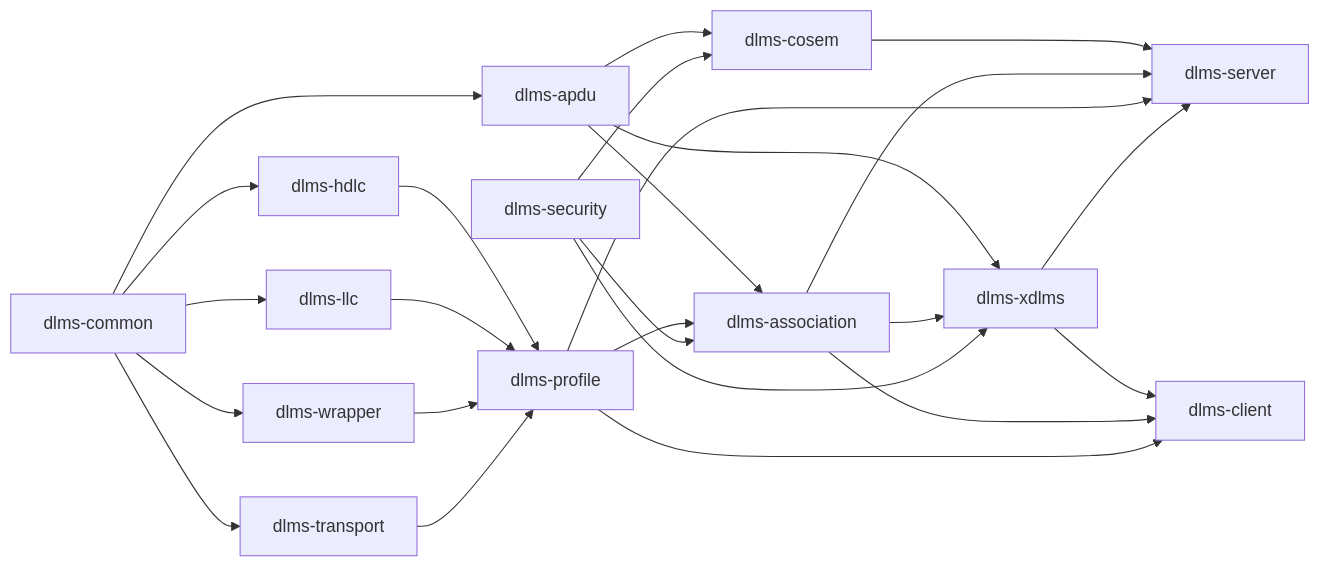
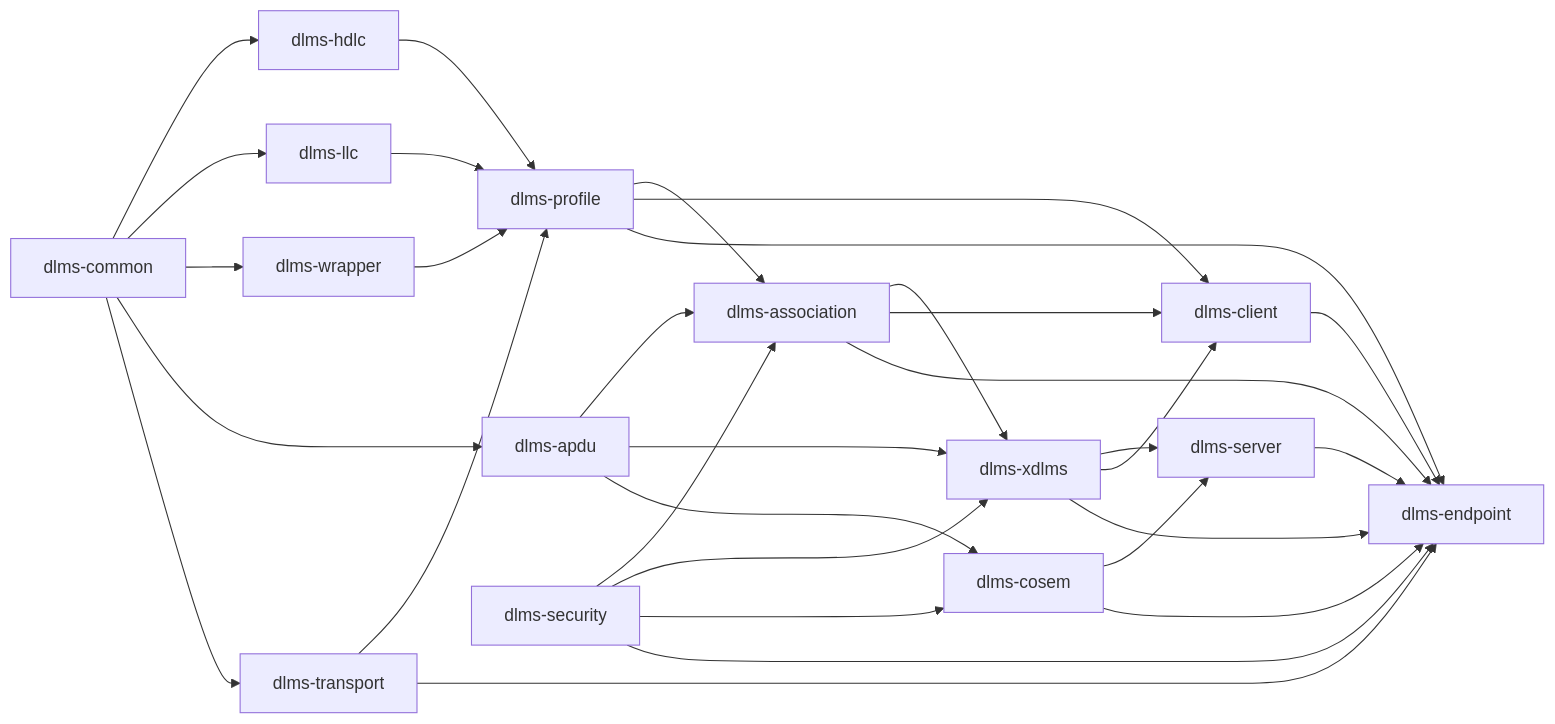
The second of 12 diagrams in docs/system_architecture.md (gvtret/dlms), drawn with Mermaid before and after one commit. The commit also changed other lines of this file, not shown here.

First line of the commit message:
docs: add endpoint composition layer boundary

````diff
--- a/docs/system_architecture.md
+++ b/docs/system_architecture.md
@@ -141,49 +149,57 @@
 ```mermaid
 flowchart LR
   Common["dlms-common"]
 
   HDLC["dlms-hdlc"]
   LLC["dlms-llc"]
   Wrapper["dlms-wrapper"]
   APDU["dlms-apdu"]
 
   Transport["dlms-transport"]
   Profile["dlms-profile"]
   Security["dlms-security"]
   Association["dlms-association"]
   XDlms["dlms-xdlms"]
   Cosem["dlms-cosem"]
   Server["dlms-server"]
   Client["dlms-client"]
+  Endpoint["dlms-endpoint"]
 
   Common --> HDLC
   Common --> LLC
   Common --> Wrapper
   Common --> APDU
   Common --> Transport
 
   HDLC --> Profile
   LLC --> Profile
   Wrapper --> Profile
   Transport --> Profile
 
   APDU --> Association
   Profile --> Association
   Security --> Association
 
   APDU --> XDlms
   Association --> XDlms
   Security --> XDlms
 
   APDU --> Cosem
   Security --> Cosem
 
-  Cosem --> Server
-  Association --> Server
-  Profile --> Server
-
   XDlms --> Server
   XDlms --> Client
   Association --> Client
   Profile --> Client
+
+  Cosem --> Server
+
+  Transport --> Endpoint
+  Profile --> Endpoint
+  Association --> Endpoint
+  Security --> Endpoint
+  XDlms --> Endpoint
+  Cosem --> Endpoint
+  Server --> Endpoint
+  Client --> Endpoint
 ```
````
